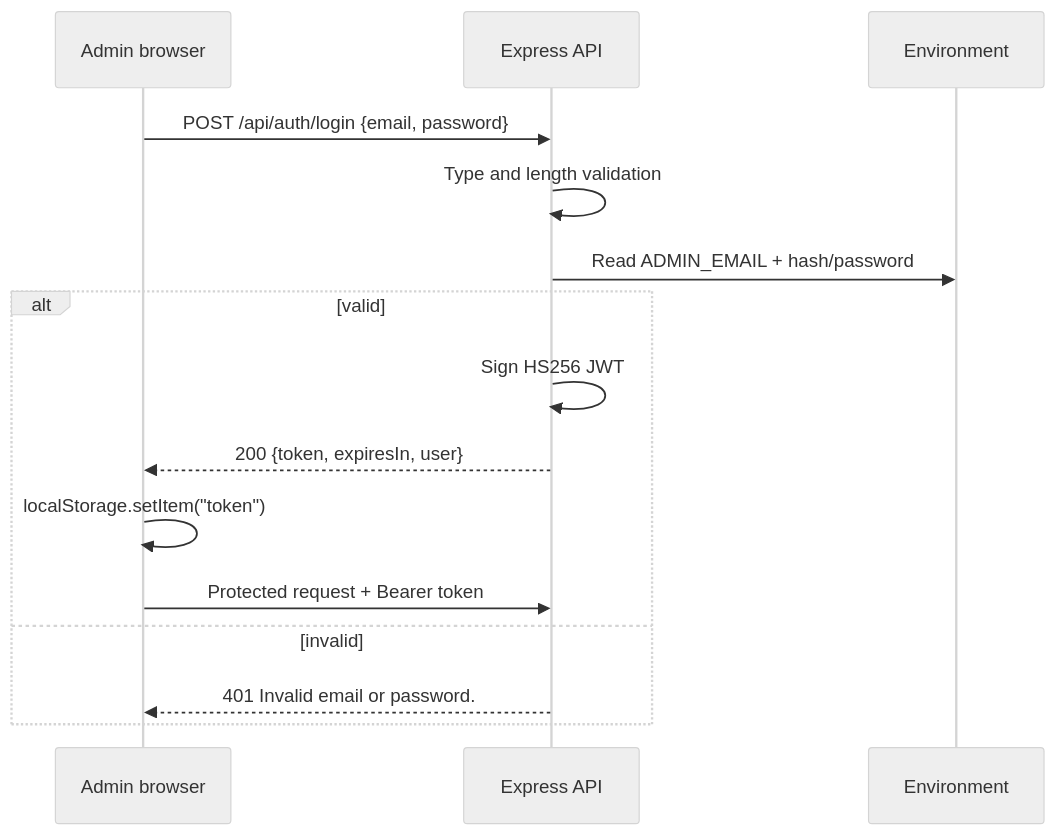
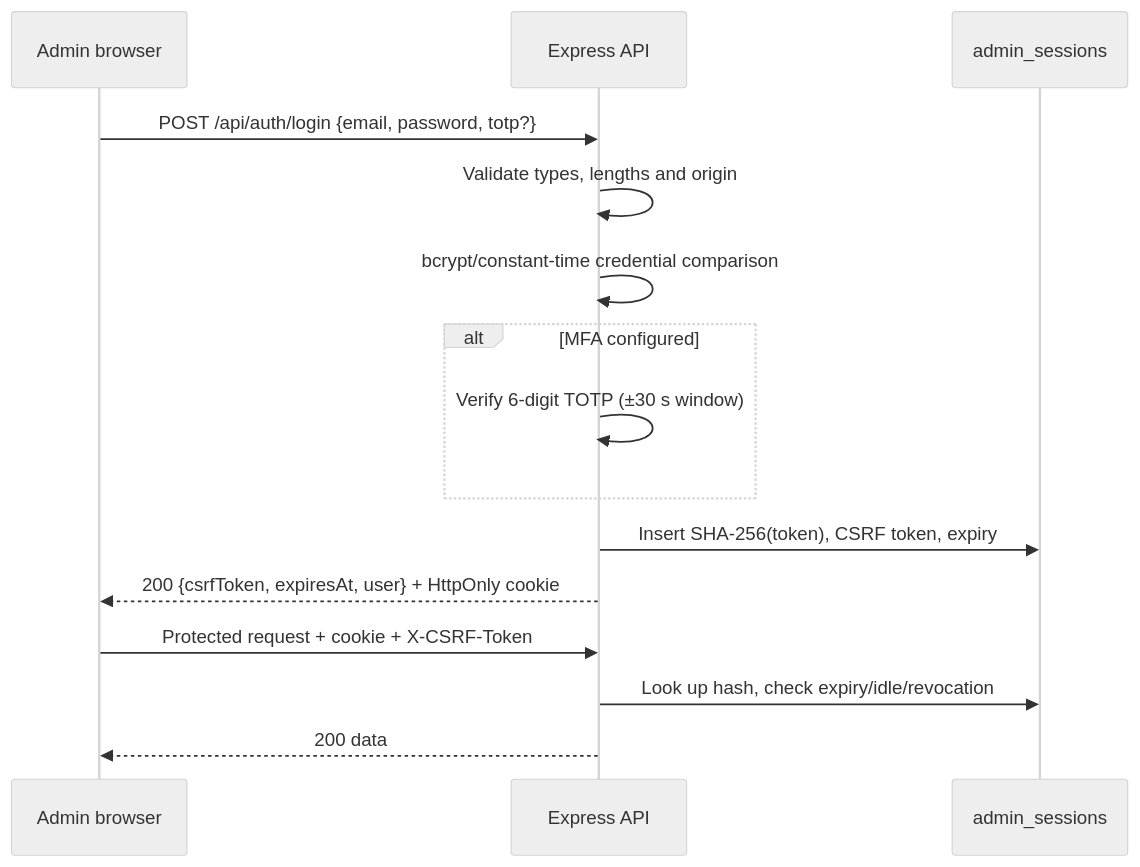
The diagram in docs/AUTHENTICATION.md (mayuresh-2601/MK-PORTFOLIO), drawn with Mermaid (neutral theme) before and after one commit. The commit also changed other lines of this file and 74 other files, not shown here.

````diff
--- a/docs/AUTHENTICATION.md
+++ b/docs/AUTHENTICATION.md
@@ -85,17 +132,17 @@
 ```mermaid
 sequenceDiagram
     participant B as Admin browser
     participant API as Express API
-    participant ENV as Environment
-    B->>API: POST /api/auth/login {email, password}
-    API->>API: Type and length validation
-    API->>ENV: Read ADMIN_EMAIL + hash/password
-    alt valid
-        API->>API: Sign HS256 JWT
-        API-->>B: 200 {token, expiresIn, user}
-        B->>B: localStorage.setItem("token")
-        B->>API: Protected request + Bearer token
-    else invalid
-        API-->>B: 401 Invalid email or password.
+    participant DB as admin_sessions
+    B->>API: POST /api/auth/login {email, password, totp?}
+    API->>API: Validate types, lengths and origin
+    API->>API: bcrypt/constant-time credential comparison
+    alt MFA configured
+        API->>API: Verify 6-digit TOTP (±30 s window)
     end
+    API->>DB: Insert SHA-256(token), CSRF token, expiry
+    API-->>B: 200 {csrfToken, expiresAt, user} + HttpOnly cookie
+    B->>API: Protected request + cookie + X-CSRF-Token
+    API->>DB: Look up hash, check expiry/idle/revocation
+    API-->>B: 200 data
 ```
````
